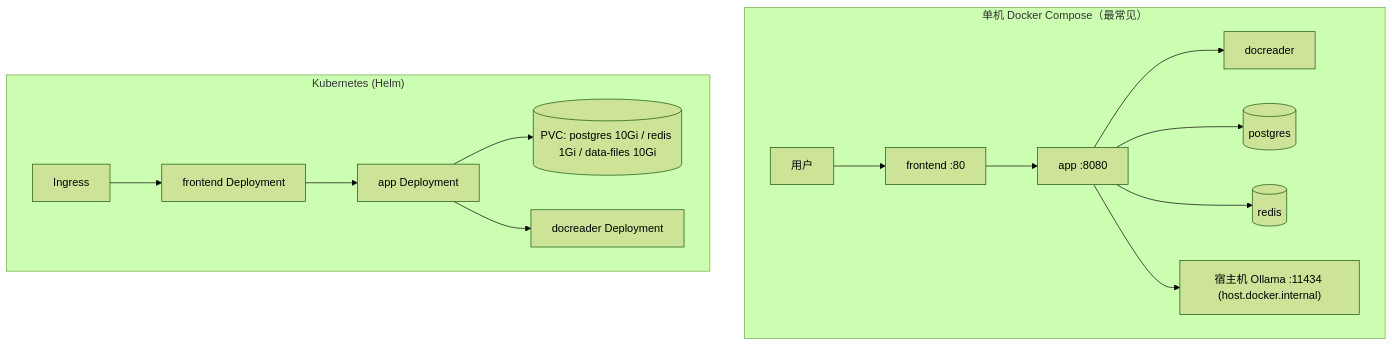
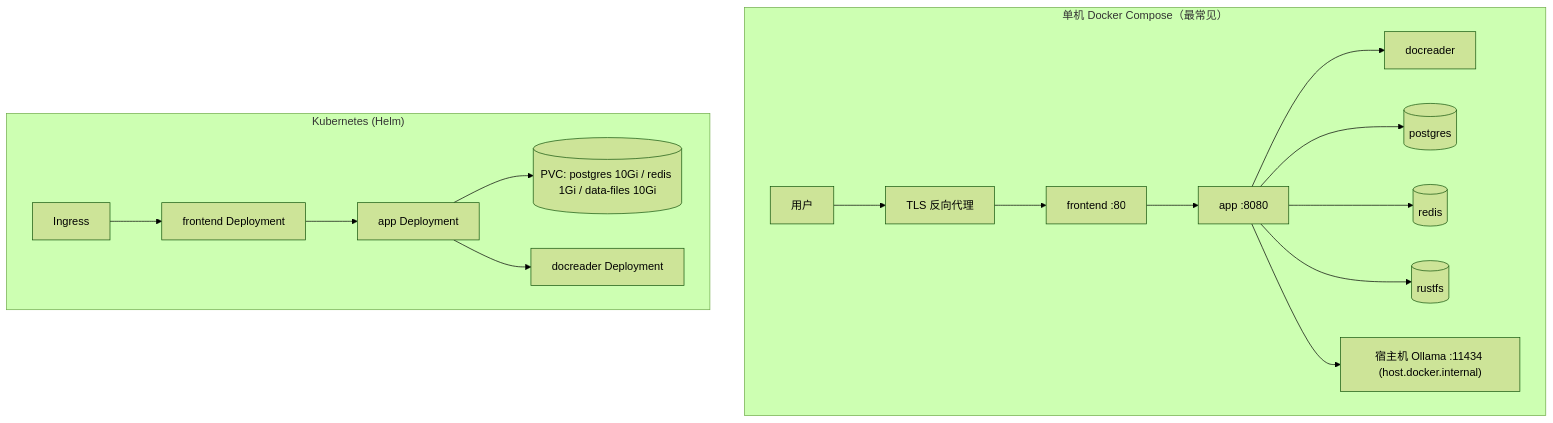
The second of 2 diagrams in website-docs/01-getting-started/02-installation.md (magicyuan876/Yuheng), drawn with Mermaid (forest theme) before and after one commit. The commit also changed other lines of this file and 11 other files, not shown here.

First line of the commit message:
docs(site): getting started and architecture checked against the code

````diff
--- a/website-docs/01-getting-started/02-installation.md
+++ b/website-docs/01-getting-started/02-installation.md
@@ -281,17 +338,18 @@
 ```mermaid
 flowchart TB
     subgraph host["单机 Docker Compose（最常见）"]
         direction LR
-        U1["用户"] --> N1["frontend :80"] --> A1["app :8080"]
+        U1["用户"] --> TLS["TLS 反向代理"] --> N1["frontend :80"] --> A1["app :8080"]
         A1 --> D1["docreader"]
         A1 --> P1[("postgres")]
         A1 --> R1[("redis")]
+        A1 --> S1[("rustfs")]
         A1 --> O1["宿主机 Ollama :11434 (host.docker.internal)"]
     end
     subgraph k8s["Kubernetes (Helm)"]
         direction LR
         ING["Ingress"] --> FE2["frontend Deployment"] --> A2["app Deployment"]
         A2 --> PVC1[("PVC: postgres 10Gi / redis 1Gi / data-files 10Gi")]
         A2 --> D2["docreader Deployment"]
     end
 ```
````
